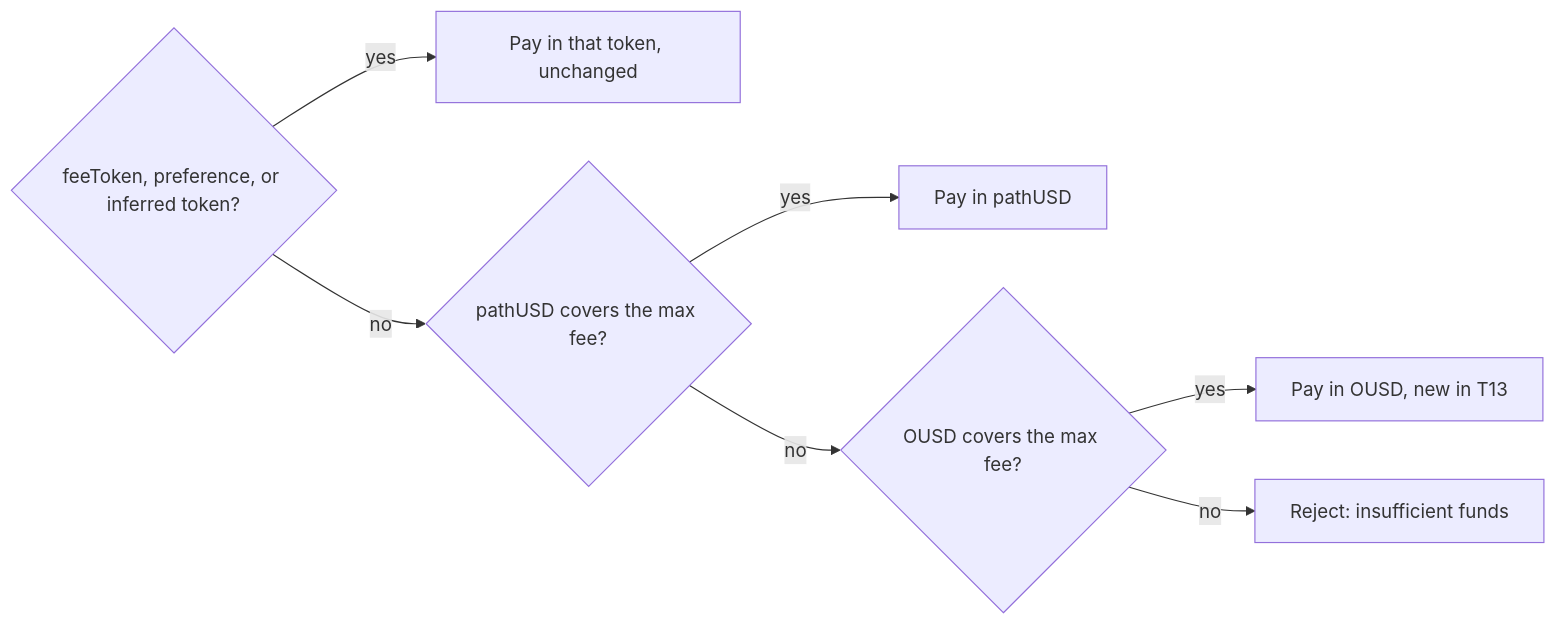
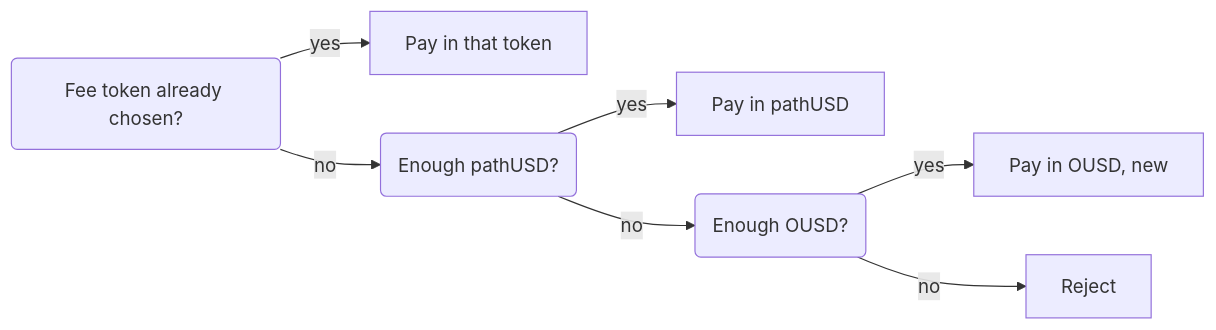
The diagram in src/diagrams/t13/fee-token-fallback.mmd (tempoxyz/docs), drawn with Mermaid before and after one commit. The commit also changed 7 other files, not shown here.

Commit message:
docs: simplify T13 diagrams and add label pills

```diff
--- a/src/diagrams/t13/fee-token-fallback.mmd
+++ b/src/diagrams/t13/fee-token-fallback.mmd
@@ -1,7 +1,7 @@
 flowchart LR
-  chosen{feeToken, preference, or inferred token?} -- yes --> keep[Pay in that token, unchanged]
-  chosen -- no --> path{pathUSD covers the max fee?}
+  chosen(Fee token already chosen?) -- yes --> keep[Pay in that token]
+  chosen -- no --> path(Enough pathUSD?)
   path -- yes --> pusd[Pay in pathUSD]
-  path -- no --> ousd{OUSD covers the max fee?}
-  ousd -- yes --> ousdpay[Pay in OUSD, new in T13]:::accent
-  ousd -- no --> reject[Reject: insufficient funds]:::muted
+  path -- no --> ousd(Enough OUSD?)
+  ousd -- yes --> ousdpay[Pay in OUSD, new]:::accent
+  ousd -- no --> reject[Reject]:::muted
```
